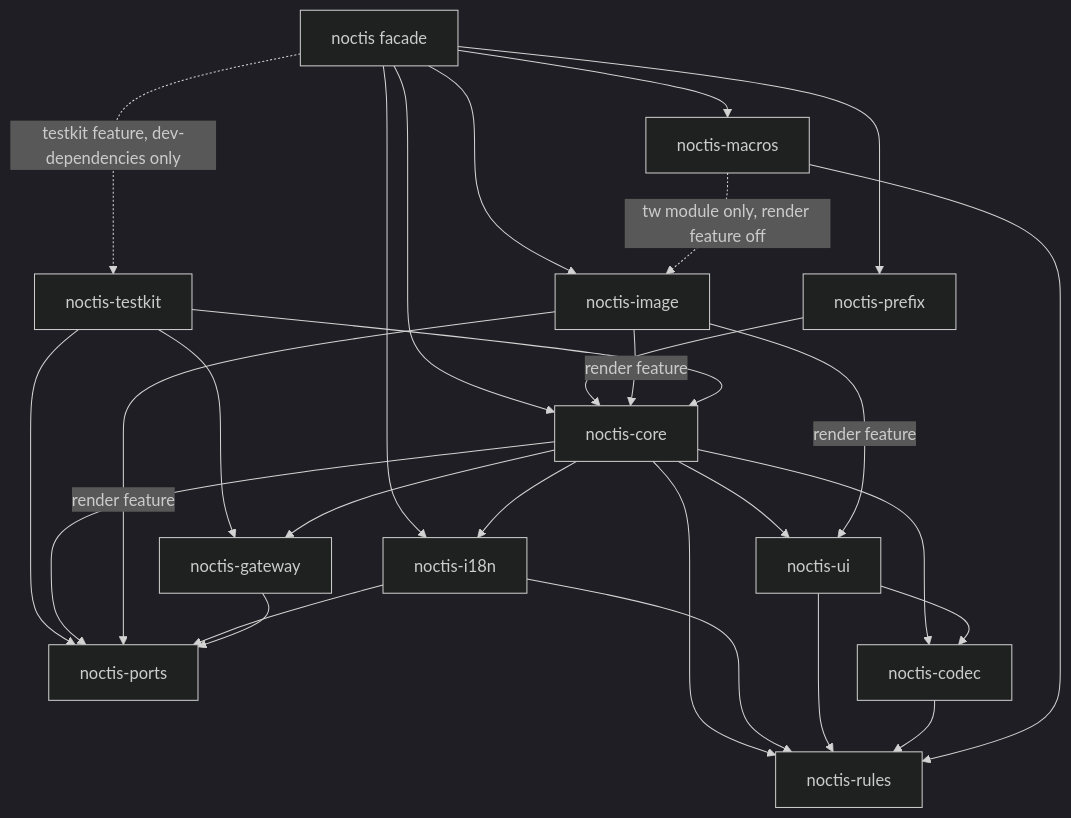
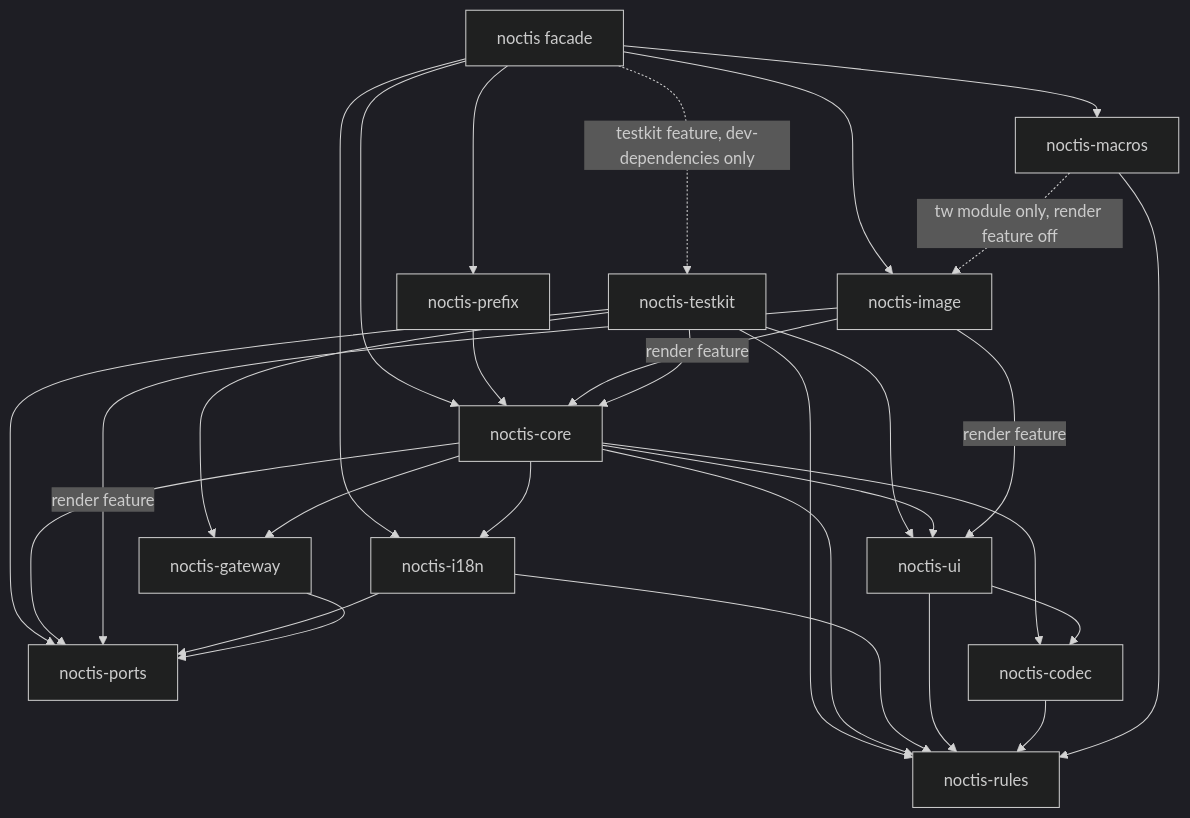
Before and after one commit to ErdemGKSL/noctis-rs: the first of 2 diagrams in _bmad-output/planning-artifacts/architecture/architecture-noctis-rs-2026-10-19/ARCHITECTURE-SPINE.md, drawn with Mermaid (dark theme). The commit also changed other lines of this file and 43 other files, not shown here.

````diff
--- a/_bmad-output/planning-artifacts/architecture/architecture-noctis-rs-2026-10-19/ARCHITECTURE-SPINE.md
+++ b/_bmad-output/planning-artifacts/architecture/architecture-noctis-rs-2026-10-19/ARCHITECTURE-SPINE.md
@@ -58,30 +58,32 @@
 ```mermaid
 graph TD
   noctis[noctis facade] --> core[noctis-core]
   noctis --> macros[noctis-macros]
   noctis --> image[noctis-image]
   noctis --> i18n[noctis-i18n]
   noctis --> prefix[noctis-prefix]
   noctis -.->|testkit feature, dev-dependencies only| testkit[noctis-testkit]
   prefix --> core
   image -->|render feature| core
   testkit --> core
   testkit --> gateway
   testkit --> ports
+  testkit --> ui
+  testkit --> rules
   core --> gateway[noctis-gateway]
   core --> i18n
   core --> ui[noctis-ui]
   core --> ports[noctis-ports]
   core --> codec[noctis-codec]
   core --> rules[noctis-rules]
   image -->|render feature| ui
   image -->|render feature| ports
   i18n --> ports
   i18n --> rules
   gateway --> ports
   ui --> codec
   ui --> rules
   codec --> rules
   macros --> rules
   macros -.->|tw module only, render feature off| image
 ```
````
